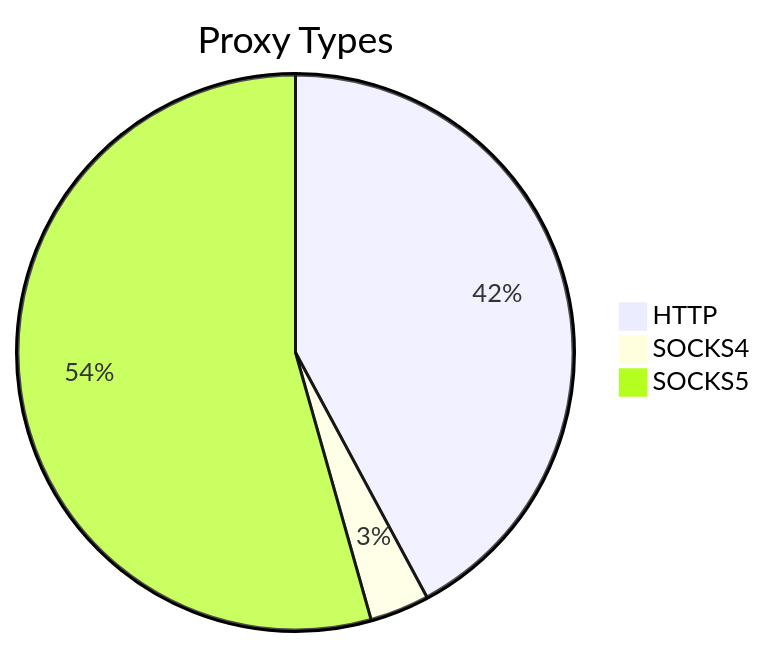
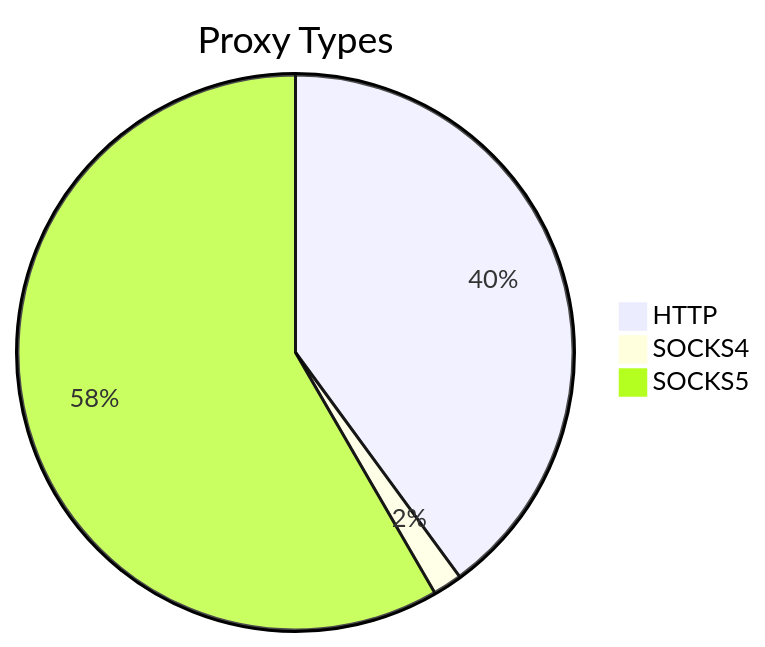
One commit to stormsia/proxy-list changed the first of 2 diagrams in README.md. Above: the diagram before and after it, drawn with Mermaid. The commit also changed other lines of this file, not shown here.

````diff
--- a/README.md
+++ b/README.md
@@ -21,6 +21,6 @@
 ```mermaid
 pie title Proxy Types
-    "HTTP" : 634
-    "SOCKS4" : 52
-    "SOCKS5" : 818
+    "HTTP" : 540
+    "SOCKS4" : 23
+    "SOCKS5" : 789
 ```
````
